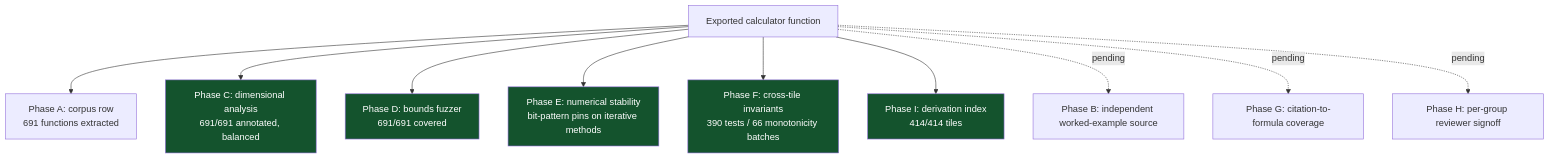
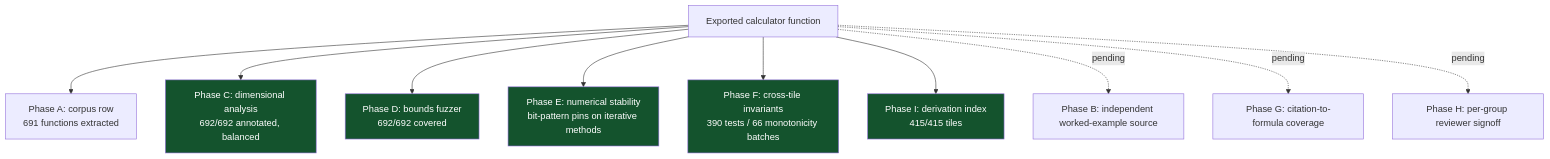
The fourth of 5 diagrams in README.md (clay-good/roughlogic.com), drawn with Mermaid before and after one commit. The commit also changed other lines of this file and 18 other files, not shown here.

````diff
--- a/README.md
+++ b/README.md
@@ -206,17 +206,17 @@
 ```mermaid
 flowchart TB
     F[Exported calculator function] --> A[Phase A: corpus row\n691 functions extracted]
-    F --> C[Phase C: dimensional analysis\n691/691 annotated, balanced]
-    F --> D[Phase D: bounds fuzzer\n691/691 covered]
+    F --> C[Phase C: dimensional analysis\n692/692 annotated, balanced]
+    F --> D[Phase D: bounds fuzzer\n692/692 covered]
     F --> E[Phase E: numerical stability\nbit-pattern pins on iterative methods]
     F --> Fa[Phase F: cross-tile invariants\n390 tests / 66 monotonicity batches]
-    F --> I[Phase I: derivation index\n414/414 tiles]
+    F --> I[Phase I: derivation index\n415/415 tiles]
     F -.pending.-> B[Phase B: independent worked-example source]
     F -.pending.-> G[Phase G: citation-to-formula coverage]
     F -.pending.-> H[Phase H: per-group reviewer signoff]
     style C fill:#14532d,color:#fff
     style D fill:#14532d,color:#fff
     style E fill:#14532d,color:#fff
     style Fa fill:#14532d,color:#fff
     style I fill:#14532d,color:#fff
 ```
````
